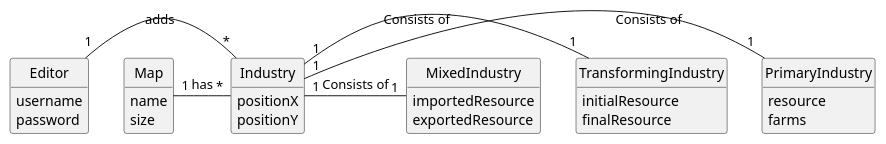
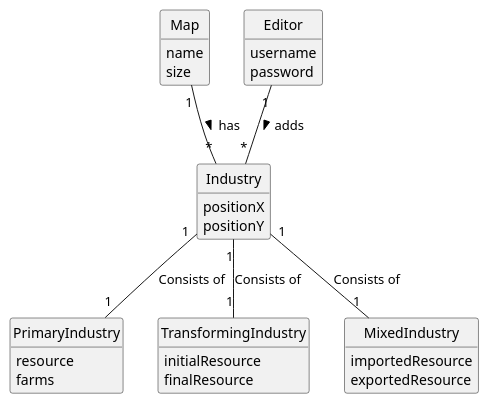
One commit to bruno-monteiro5/sem2-pi-24.25-g132-repo changed the diagram in docs/system-documentation/US002/02.analysis/puml/US006-DM.puml. Above: the diagram before and after it, drawn with PlantUML. The commit also changed 2 other files, not shown here.

```diff
--- a/docs/system-documentation/US002/02.analysis/puml/US006-DM.puml
+++ b/docs/system-documentation/US002/02.analysis/puml/US006-DM.puml
@@ -1,55 +1,55 @@
 @startuml
 skinparam monochrome true
 skinparam packageStyle rectangle
 skinparam shadowing false
 
 'left to right direction
 
 skinparam classAttributeIconSize 0
 
 hide circle
 hide methods
 
 'title Domain Model
 
 class Map {
     name
     size
 }
 
 class Industry {
     positionX
     positionY
 }
 
 class PrimaryIndustry {
     resource
     farms
 }
 
 class TransformingIndustry {
     initialResource
     finalResource
 }
 
 class MixedIndustry {
     importedResource
     exportedResource
 }
 
 class Editor {
     username
     password
 
 }
 
 
-Editor "1" - "*" Industry: adds
+Editor "1" -- "*" Industry: adds >
 
-Map "1" - "*" Industry : has
-Industry "1" - "1" PrimaryIndustry : Consists of
-Industry "1" - "1" TransformingIndustry : Consists of
-Industry "1" - "1" MixedIndustry : Consists of
+Map "1" -- "*" Industry : has >
+Industry "1" -- "1" PrimaryIndustry : Consists of
+Industry "1" -- "1" TransformingIndustry : Consists of
+Industry "1" -- "1" MixedIndustry : Consists of
 
 
 @enduml
```
